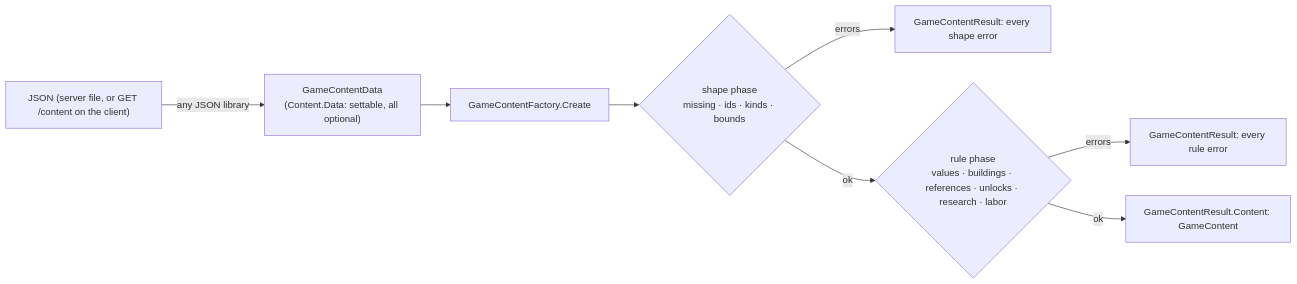
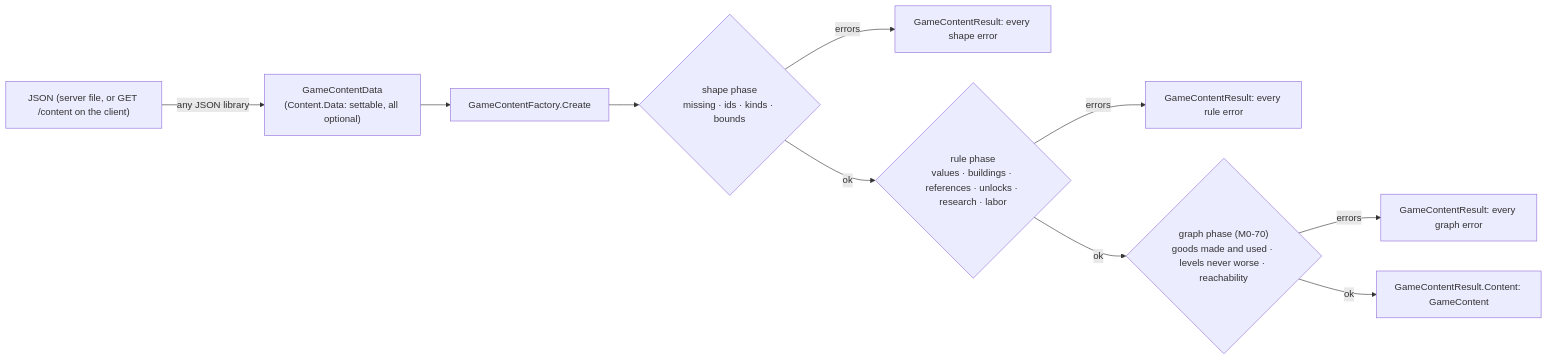
Before and after one commit to Samurai-netizen/citybuild: the second of 4 diagrams in docs/modules/CityBuilder.Simulation.md, drawn with Mermaid. The commit also changed other lines of this file and 76 other files, not shown here.

First line of the commit message:
feat(M0-A): balance report, content graph rules, content mvp-3 (#98)

````diff
--- a/docs/modules/CityBuilder.Simulation.md
+++ b/docs/modules/CityBuilder.Simulation.md
@@ -35,10 +35,12 @@
 ```mermaid
 flowchart LR
   J["JSON (server file, or GET /content on the client)"] -->|"any JSON library"| D["GameContentData<br/>(Content.Data: settable, all optional)"]
   D --> F["GameContentFactory.Create"]
   F --> SH{"shape phase<br/>missing · ids · kinds · bounds"}
   SH -- errors --> R1["GameContentResult: every shape error"]
   SH -- ok --> RU{"rule phase<br/>values · buildings · references · unlocks · research · labor"}
   RU -- errors --> R2["GameContentResult: every rule error"]
-  RU -- ok --> G["GameContentResult.Content: GameContent"]
+  RU -- ok --> GR{"graph phase (M0-70)<br/>goods made and used · levels never worse · reachability"}
+  GR -- errors --> R3["GameContentResult: every graph error"]
+  GR -- ok --> G["GameContentResult.Content: GameContent"]
 ```
````
